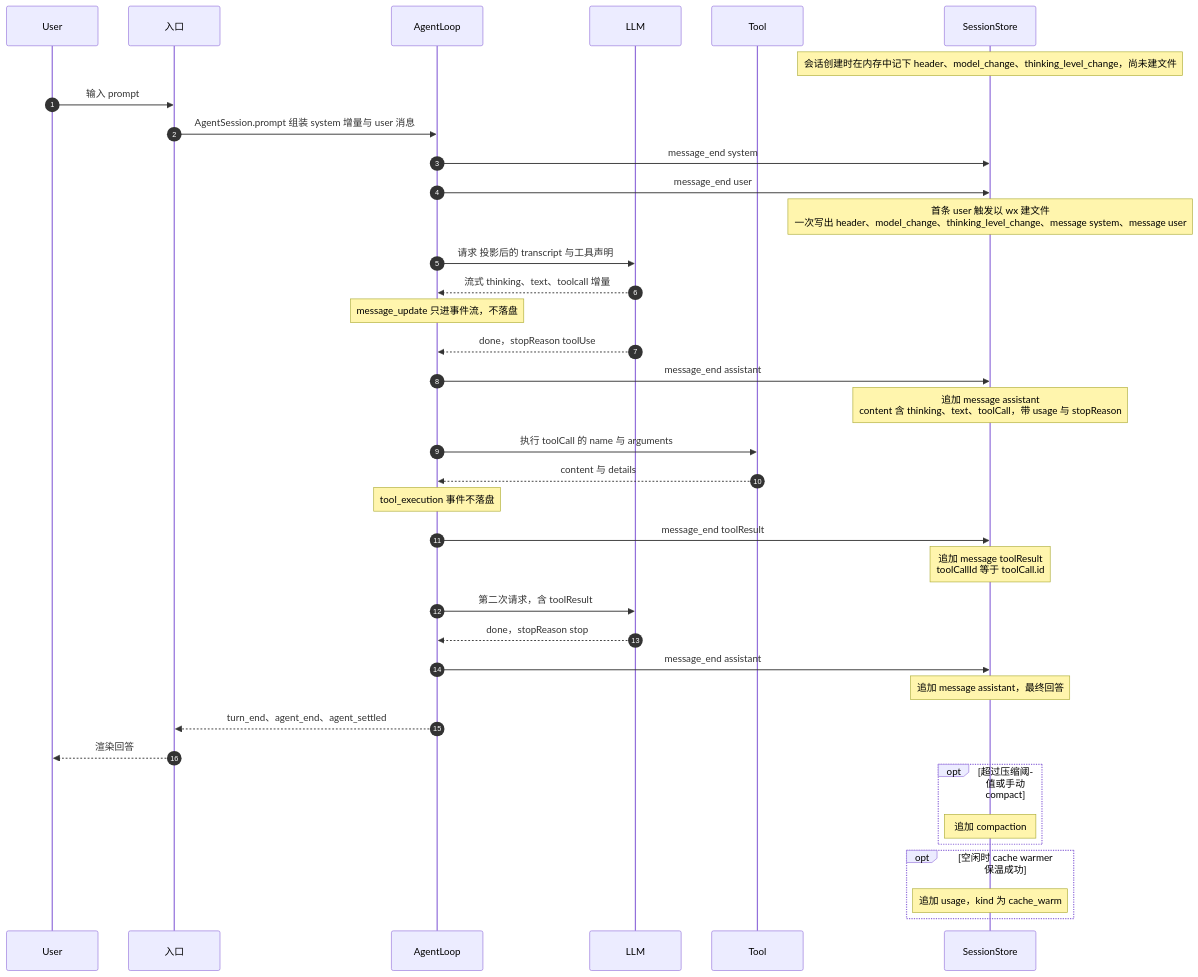
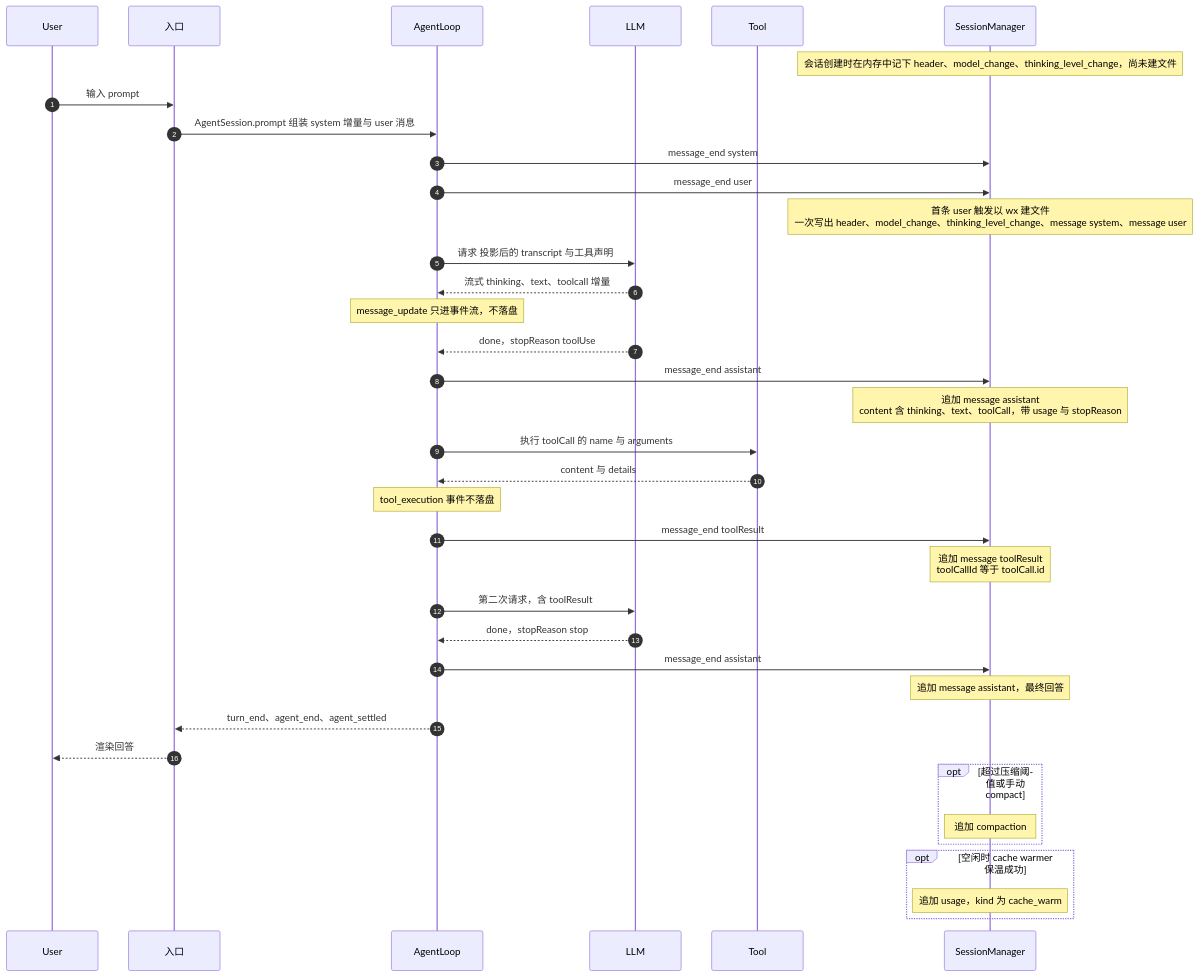
The second of 3 diagrams in docs/research/agent-sessions/pi.md (Orbit-Labs-AI/Orbit-Zhiyin), drawn with Mermaid before and after one commit. The commit also changed other lines of this file, not shown here.

````diff
--- a/docs/research/agent-sessions/pi.md
+++ b/docs/research/agent-sessions/pi.md
@@ -110,39 +113,39 @@
 ```mermaid
 sequenceDiagram
   autonumber
   participant User
   participant Entry as 入口
   participant AL as AgentLoop
   participant LLM
   participant Tool
-  participant Store as SessionStore
+  participant Store as SessionManager
   Note over Store: 会话创建时在内存中记下 header、model_change、thinking_level_change，尚未建文件
   User->>Entry: 输入 prompt
   Entry->>AL: AgentSession.prompt 组装 system 增量与 user 消息
   AL->>Store: message_end system
   AL->>Store: message_end user
   Note over Store: 首条 user 触发以 wx 建文件<br/>一次写出 header、model_change、thinking_level_change、message system、message user
   AL->>LLM: 请求 投影后的 transcript 与工具声明
   LLM-->>AL: 流式 thinking、text、toolcall 增量
   Note over AL: message_update 只进事件流，不落盘
   LLM-->>AL: done，stopReason toolUse
   AL->>Store: message_end assistant
   Note over Store: 追加 message assistant<br/>content 含 thinking、text、toolCall，带 usage 与 stopReason
   AL->>Tool: 执行 toolCall 的 name 与 arguments
   Tool-->>AL: content 与 details
   Note over AL: tool_execution 事件不落盘
   AL->>Store: message_end toolResult
   Note over Store: 追加 message toolResult<br/>toolCallId 等于 toolCall.id
   AL->>LLM: 第二次请求，含 toolResult
   LLM-->>AL: done，stopReason stop
   AL->>Store: message_end assistant
   Note over Store: 追加 message assistant，最终回答
   AL-->>Entry: turn_end、agent_end、agent_settled
   Entry-->>User: 渲染回答
   opt 超过压缩阈值或手动 compact
     Note over Store: 追加 compaction
   end
   opt 空闲时 cache warmer 保温成功
     Note over Store: 追加 usage，kind 为 cache_warm
   end
 ```
````
